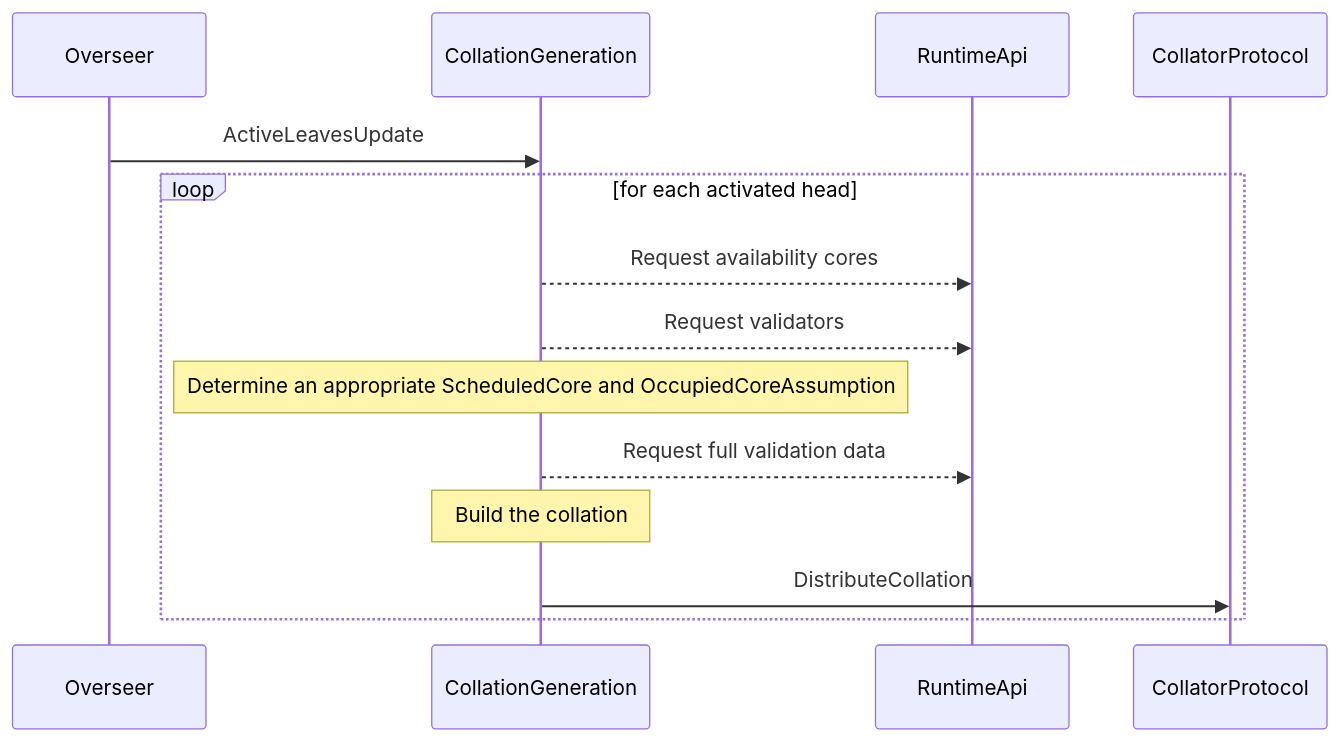
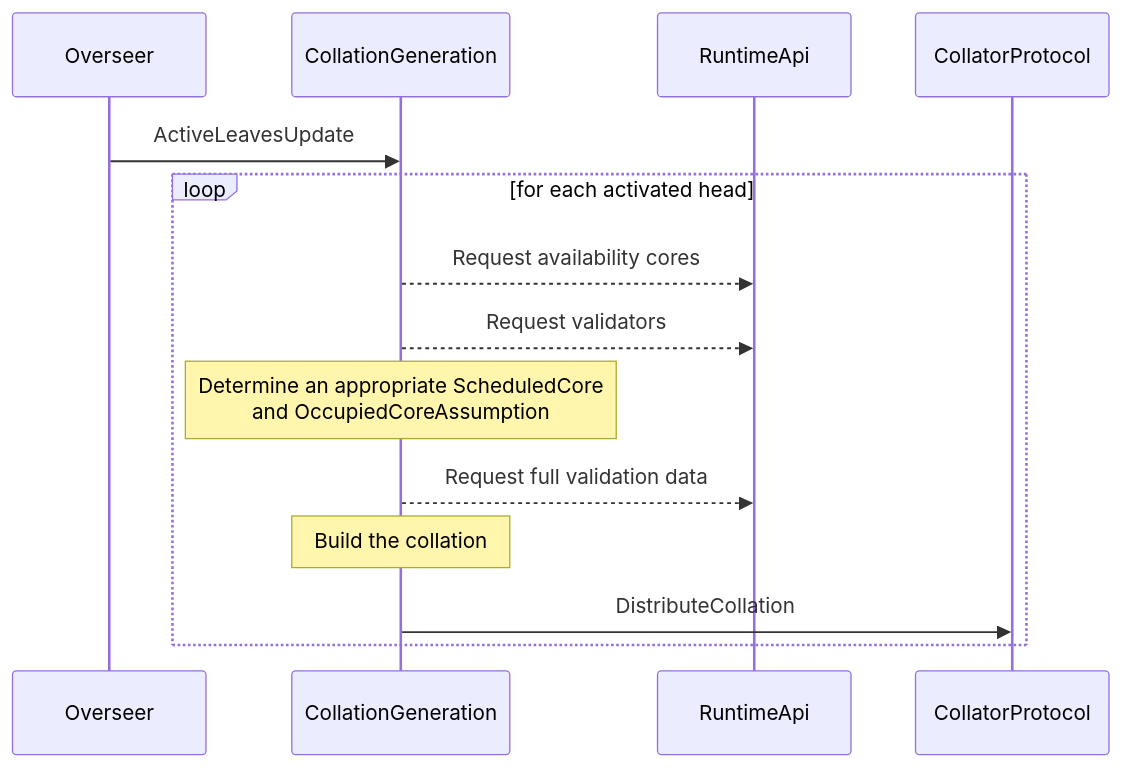
One commit to paritytech/polkadot changed the second of 3 diagrams in roadmap/implementers-guide/src/node/subsystems-and-jobs.md. Above: the diagram before and after it, drawn with Mermaid. The commit also changed other lines of this file, not shown here.

Commit message:
diagram message flow from collation generation -> candidate selection

````diff
--- a/roadmap/implementers-guide/src/node/subsystems-and-jobs.md
+++ b/roadmap/implementers-guide/src/node/subsystems-and-jobs.md
@@ -137,21 +137,21 @@
 ```mermaid
 sequenceDiagram
     participant Overseer
     participant CollationGeneration
     participant RuntimeApi
     participant CollatorProtocol
 
     Overseer ->> CollationGeneration: ActiveLeavesUpdate
     loop for each activated head
         CollationGeneration -->> RuntimeApi: Request availability cores
         CollationGeneration -->> RuntimeApi: Request validators
 
-        Note over CollationGeneration: Determine an appropriate ScheduledCore and OccupiedCoreAssumption
+        Note over CollationGeneration: Determine an appropriate ScheduledCore <br/>and OccupiedCoreAssumption
 
         CollationGeneration -->> RuntimeApi: Request full validation data
 
         Note over CollationGeneration: Build the collation
 
         CollationGeneration ->> CollatorProtocol: DistributeCollation
     end
 ```
````
